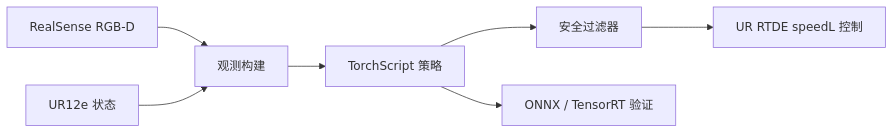
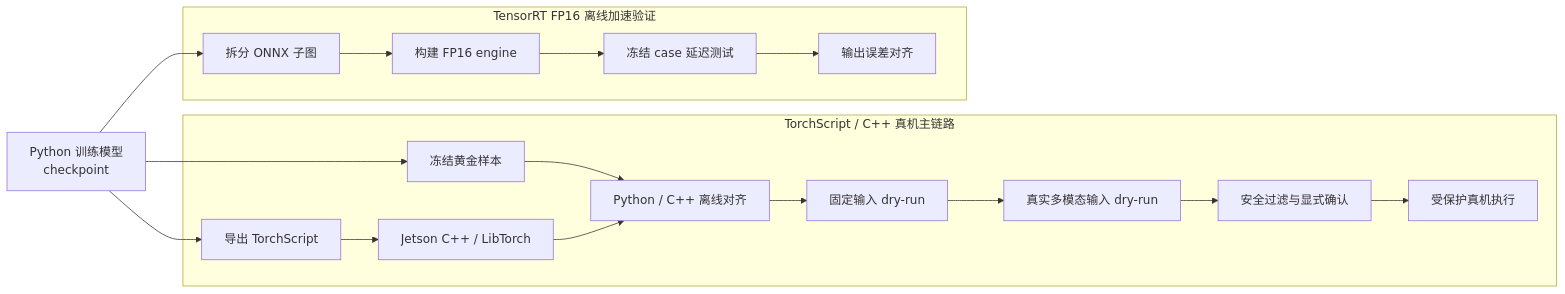
Before and after one commit to ruying257/MP1_deploy: the diagram in README.md, drawn with Mermaid. The commit also changed other lines of this file and 5 other files, not shown here.

First line of the commit message:
docs: 更新项目文档与推理性能图表

````diff
--- a/README.md
+++ b/README.md
@@ -31,9 +9,31 @@
 ```mermaid
 flowchart LR
-    A["RealSense RGB-D"] --> B["观测构建"]
-    C["UR12e 状态"] --> B
-    B --> D["TorchScript 策略"]
-    D --> E["安全过滤器"]
-    E --> F["UR RTDE speedL 控制"]
-    D --> G["ONNX / TensorRT 验证"]
+    A["Python 训练模型<br/>checkpoint"]
+
+    subgraph Main["TorchScript / C++ 真机主链路"]
+        B["冻结黄金样本"]
+        C["导出 TorchScript"]
+        D["Jetson C++ / LibTorch"]
+        E["Python / C++ 离线对齐"]
+        F["固定输入 dry-run"]
+        G["真实多模态输入 dry-run"]
+        H["安全过滤与显式确认"]
+        I["受保护真机执行"]
+
+        B --> E
+        C --> D --> E --> F --> G --> H --> I
+    end
+
+    subgraph Accel["TensorRT FP16 离线加速验证"]
+        J["拆分 ONNX 子图"]
+        K["构建 FP16 engine"]
+        L["冻结 case 延迟测试"]
+        M["输出误差对齐"]
+
+        J --> K --> L --> M
+    end
+
+    A --> B
+    A --> C
+    A --> J
 ```
````
